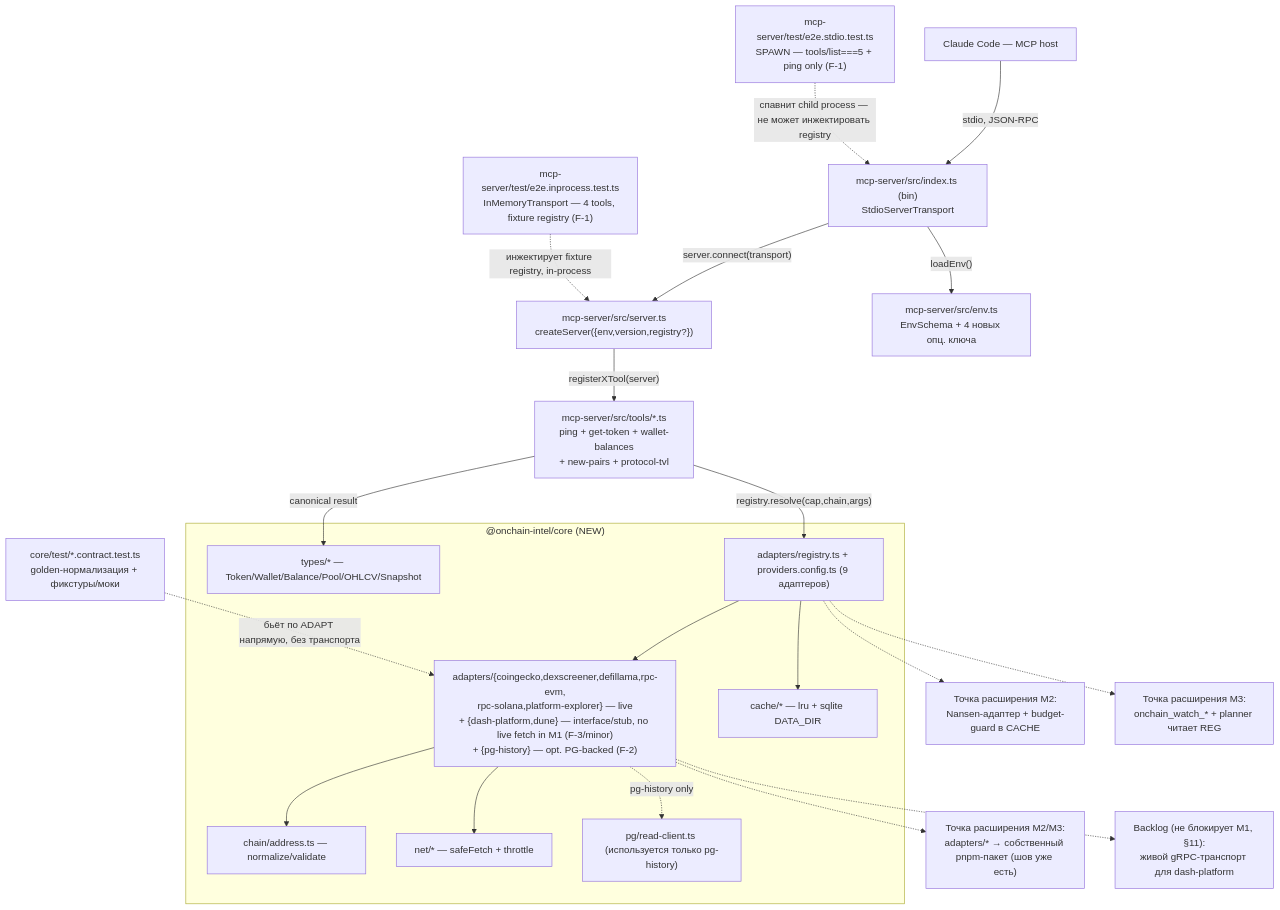
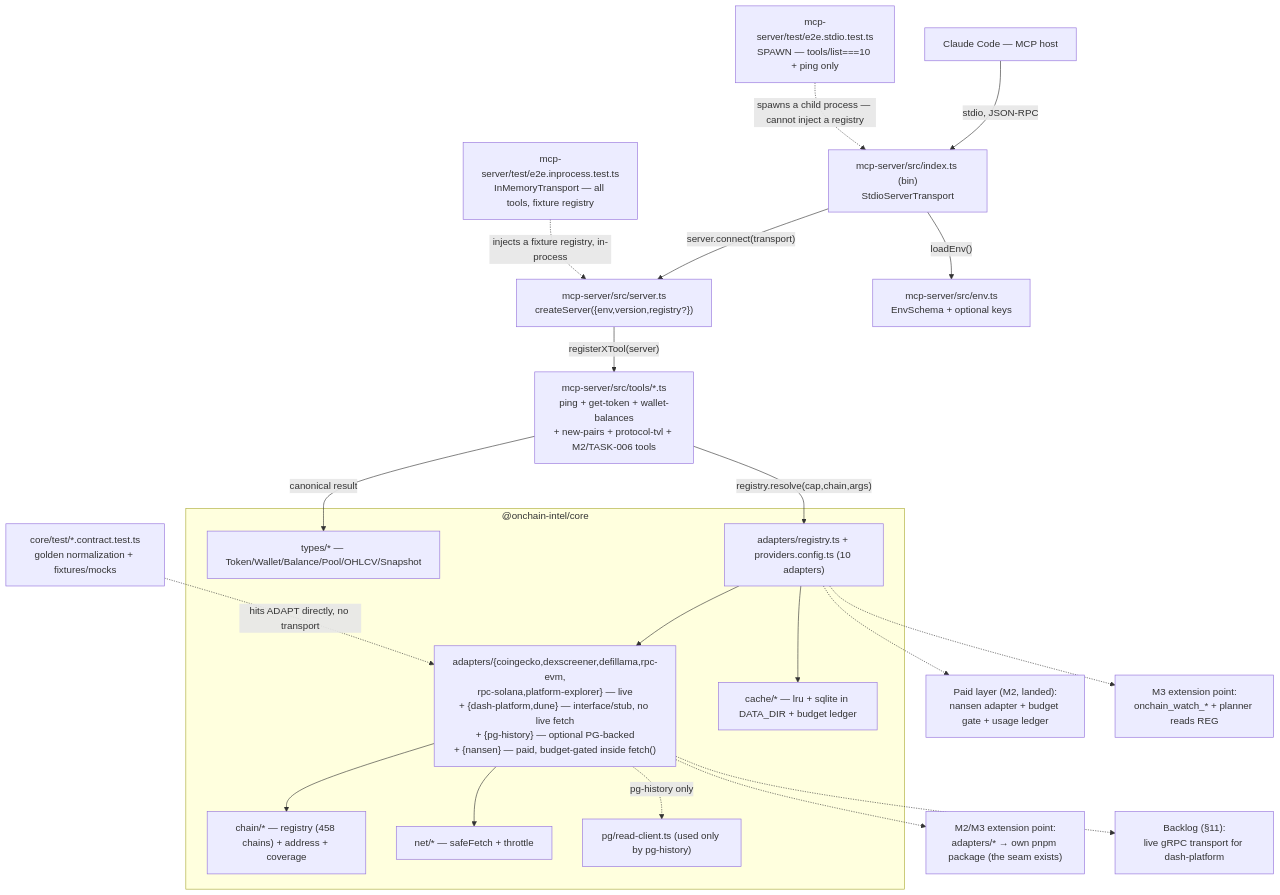
One commit to MatrixFounder/onchain-analytics changed the diagram in docs/architectures/system-architecture.md. Above: the diagram before and after it, drawn with Mermaid. The commit also changed other lines of this file and 16 other files, not shown here.

````diff
--- a/docs/architectures/system-architecture.md
+++ b/docs/architectures/system-architecture.md
@@ -1349,46 +1387,46 @@
 ```mermaid
 flowchart TB
   HOST["Claude Code — MCP host"]
   ENTRY["mcp-server/src/index.ts (bin)<br/>StdioServerTransport"]
   SRV["mcp-server/src/server.ts<br/>createServer({env,version,registry?})"]
-  ENV["mcp-server/src/env.ts<br/>EnvSchema + 4 новых опц. ключа"]
-  TOOLS["mcp-server/src/tools/*.ts<br/>ping + get-token + wallet-balances<br/>+ new-pairs + protocol-tvl"]
+  ENV["mcp-server/src/env.ts<br/>EnvSchema + optional keys"]
+  TOOLS["mcp-server/src/tools/*.ts<br/>ping + get-token + wallet-balances<br/>+ new-pairs + protocol-tvl + M2/TASK-006 tools"]
 
-  subgraph CORE["@onchain-intel/core (NEW)"]
+  subgraph CORE["@onchain-intel/core"]
     TYPES["types/* — Token/Wallet/Balance/Pool/OHLCV/Snapshot"]
-    ADDR["chain/address.ts — normalize/validate"]
-    REG["adapters/registry.ts + providers.config.ts (9 адаптеров)"]
-    ADAPT["adapters/{coingecko,dexscreener,defillama,rpc-evm,<br/>rpc-solana,platform-explorer} — live<br/>+ {dash-platform,dune} — interface/stub, no live fetch in M1 (F-3/minor)<br/>+ {pg-history} — opt. PG-backed (F-2)"]
-    CACHE["cache/* — lru + sqlite DATA_DIR"]
+    CHAIN["chain/* — registry (458 chains) + address + coverage"]
+    REG["adapters/registry.ts + providers.config.ts (10 adapters)"]
+    ADAPT["adapters/{coingecko,dexscreener,defillama,rpc-evm,<br/>rpc-solana,platform-explorer} — live<br/>+ {dash-platform,dune} — interface/stub, no live fetch<br/>+ {pg-history} — optional PG-backed<br/>+ {nansen} — paid, budget-gated inside fetch()"]
+    CACHE["cache/* — lru + sqlite in DATA_DIR + budget ledger"]
     NET["net/* — safeFetch + throttle"]
-    PGC["pg/read-client.ts (используется только pg-history)"]
+    PGC["pg/read-client.ts (used only by pg-history)"]
   end
 
-  TEST_SPAWN["mcp-server/test/e2e.stdio.test.ts<br/>SPAWN — tools/list===5 + ping only (F-1)"]
-  TEST_INPROC["mcp-server/test/e2e.inprocess.test.ts<br/>InMemoryTransport — 4 tools, fixture registry (F-1)"]
-  CORETEST["core/test/*.contract.test.ts<br/>golden-нормализация + фикстуры/моки"]
+  TEST_SPAWN["mcp-server/test/e2e.stdio.test.ts<br/>SPAWN — tools/list===10 + ping only"]
+  TEST_INPROC["mcp-server/test/e2e.inprocess.test.ts<br/>InMemoryTransport — all tools, fixture registry"]
+  CORETEST["core/test/*.contract.test.ts<br/>golden normalization + fixtures/mocks"]
 
   HOST -- "stdio, JSON-RPC" --> ENTRY
   ENTRY -- "server.connect(transport)" --> SRV
   ENTRY -- "loadEnv()" --> ENV
   SRV -- "registerXTool(server)" --> TOOLS
   TOOLS -- "registry.resolve(cap,chain,args)" --> REG
   REG --> ADAPT --> NET
-  ADAPT --> ADDR
+  ADAPT --> CHAIN
   REG --> CACHE
   ADAPT -. "pg-history only" .-> PGC
   TOOLS -- "canonical result" --> TYPES
-  TEST_SPAWN -. "спавнит child process — не может инжектировать registry" .-> ENTRY
-  TEST_INPROC -. "инжектирует fixture registry, in-process" .-> SRV
-  CORETEST -. "бьёт по ADAPT напрямую, без транспорта" .-> ADAPT
+  TEST_SPAWN -. "spawns a child process — cannot inject a registry" .-> ENTRY
+  TEST_INPROC -. "injects a fixture registry, in-process" .-> SRV
+  CORETEST -. "hits ADAPT directly, no transport" .-> ADAPT
 
-  SEAM1["Точка расширения M2:<br/>Nansen-адаптер + budget-guard в CACHE"]
-  SEAM2["Точка расширения M3:<br/>onchain_watch_* + planner читает REG"]
-  SEAM3["Точка расширения M2/M3:<br/>adapters/* → собственный pnpm-пакет (шов уже есть)"]
-  SEAM4["Backlog (не блокирует M1, §11):<br/>живой gRPC-транспорт для dash-platform"]
+  SEAM1["Paid layer (M2, landed):<br/>nansen adapter + budget gate + usage ledger"]
+  SEAM2["M3 extension point:<br/>onchain_watch_* + planner reads REG"]
+  SEAM3["M2/M3 extension point:<br/>adapters/* → own pnpm package (the seam exists)"]
+  SEAM4["Backlog (§11):<br/>live gRPC transport for dash-platform"]
 
   REG -.-> SEAM1
   REG -.-> SEAM2
   ADAPT -.-> SEAM3
   ADAPT -.-> SEAM4
 ```
````
